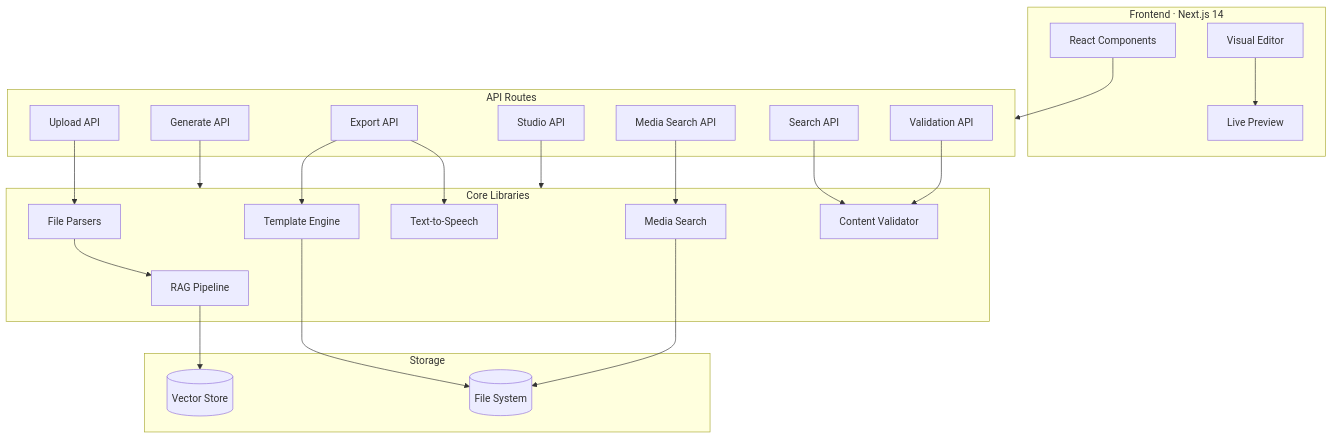
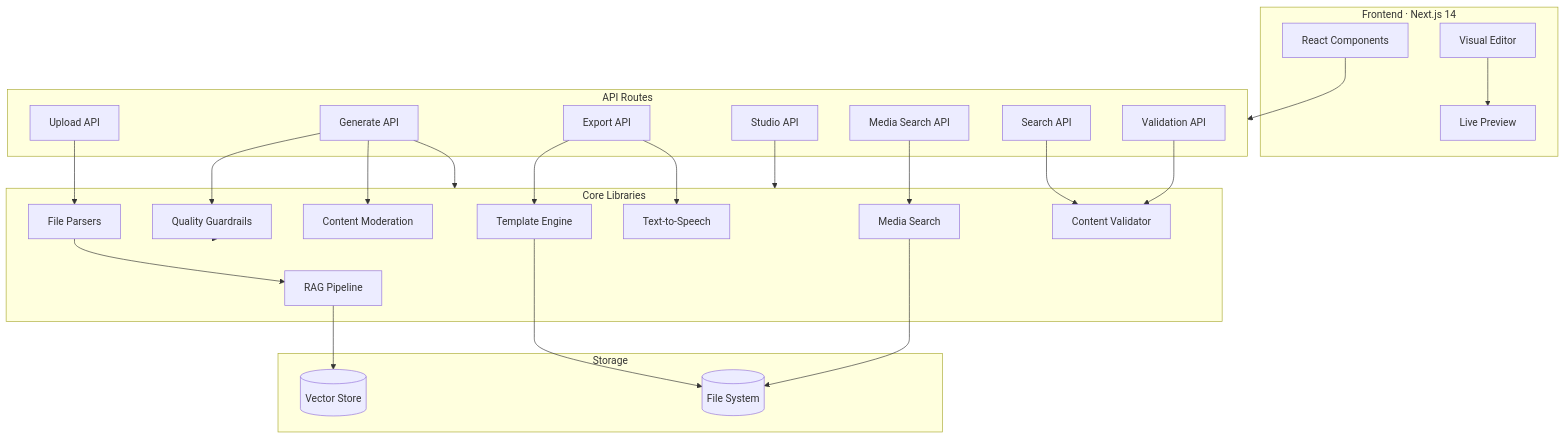
Before and after one commit to lorddannykay/ByteLab: the second of 4 diagrams in README.md, drawn with Mermaid. The commit also changed other lines of this file and 1 other file, not shown here.

First line of the commit message:
docs: Add quality guardrails and sanity checks documentation

````diff
--- a/README.md
+++ b/README.md
@@ -301,51 +356,57 @@
 ```mermaid
 flowchart TB
     subgraph Client["Frontend · Next.js 14"]
         UI[React Components]
         Editor[Visual Editor]
         Preview[Live Preview]
     end
     
     subgraph API["API Routes"]
         Upload["Upload API"]
         Generate["Generate API"]
         Export["Export API"]
         Studio["Studio API"]
         Media["Media Search API"]
         Search["Search API"]
         Validation["Validation API"]
     end
     
     subgraph Core["Core Libraries"]
         RAG[RAG Pipeline]
         Parsers[File Parsers]
         Templates[Template Engine]
         TTS[Text-to-Speech]
         MediaSearch[Media Search]
         Validator[Content Validator]
+        Guardrails[Quality Guardrails]
+        Moderation[Content Moderation]
     end
     
     subgraph Storage["Storage"]
         VS[(Vector Store)]
         FS[(File System)]
     end
     
     UI --> API
     Editor --> Preview
     
     Upload --> Parsers
     Parsers --> RAG
     RAG --> VS
     
     Generate --> Core
     Studio --> Core
     Export --> Templates
     Export --> TTS
     
     Media --> MediaSearch
     Search --> Validator
     Validation --> Validator
     
+    Generate --> Guardrails
+    Generate --> Moderation
+    Guardrails --> Core
+    
     MediaSearch --> FS
     Templates --> FS
 ```
````
